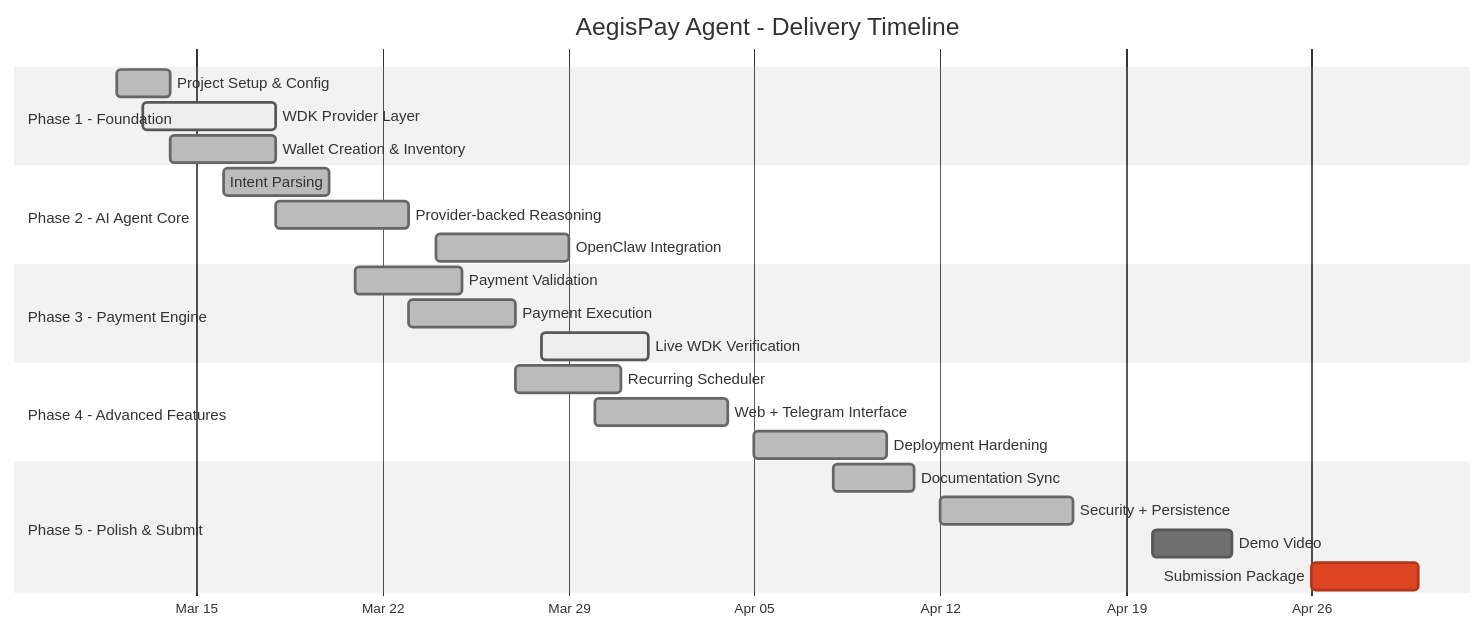
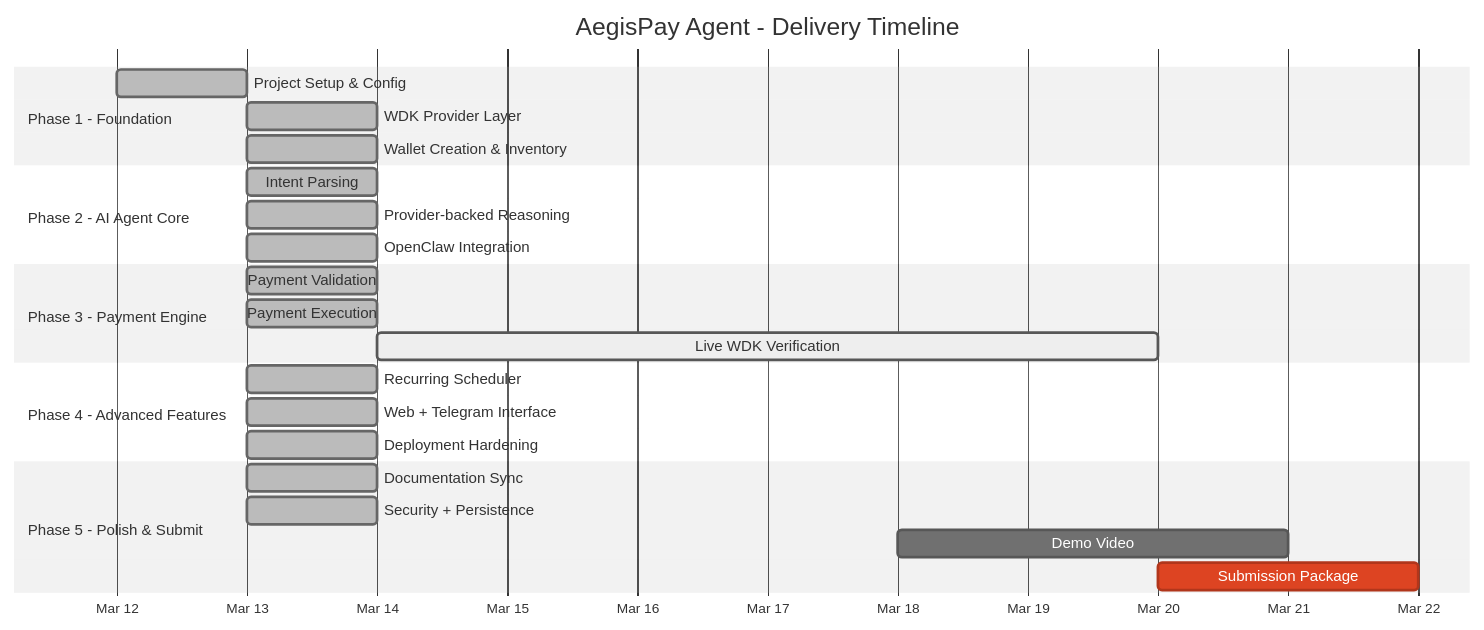
Before and after one commit to panzauto46-bot/AegisPay-Agent: the diagram in ROADMAP.md, drawn with Mermaid (neutral theme). The commit also changed other lines of this file and 4 other files, not shown here.

Commit message:
Sync status and docs with verified production deployment

````diff
--- a/ROADMAP.md
+++ b/ROADMAP.md
@@ -25,32 +25,32 @@
 ```mermaid
 gantt
     title AegisPay Agent - Delivery Timeline
     dateFormat  YYYY-MM-DD
     axisFormat  %b %d
 
     section Phase 1 - Foundation
-    Project Setup & Config         :done,   p1a, 2026-03-12, 2d
-    WDK Provider Layer             :active, p1b, 2026-03-13, 5d
-    Wallet Creation & Inventory    :done,   p1c, 2026-03-14, 4d
+    Project Setup & Config         :done,   p1a, 2026-03-12, 1d
+    WDK Provider Layer             :done,   p1b, 2026-03-13, 1d
+    Wallet Creation & Inventory    :done,   p1c, 2026-03-13, 1d
 
     section Phase 2 - AI Agent Core
-    Intent Parsing                 :done,   p2a, 2026-03-16, 4d
-    Provider-backed Reasoning      :done,   p2b, 2026-03-18, 5d
-    OpenClaw Integration           :done,   p2c, 2026-03-24, 5d
+    Intent Parsing                 :done,   p2a, 2026-03-13, 1d
+    Provider-backed Reasoning      :done,   p2b, 2026-03-13, 1d
+    OpenClaw Integration           :done,   p2c, 2026-03-13, 1d
 
     section Phase 3 - Payment Engine
-    Payment Validation             :done,   p3a, 2026-03-21, 4d
-    Payment Execution              :done,   p3b, 2026-03-23, 4d
-    Live WDK Verification          :active, p3c, 2026-03-28, 4d
+    Payment Validation             :done,   p3a, 2026-03-13, 1d
+    Payment Execution              :done,   p3b, 2026-03-13, 1d
+    Live WDK Verification          :active, p3c, 2026-03-14, 6d
 
     section Phase 4 - Advanced Features
-    Recurring Scheduler            :done,   p4a, 2026-03-27, 4d
-    Web + Telegram Interface       :done,   p4b, 2026-03-30, 5d
-    Deployment Hardening           :done,   p4c, 2026-04-05, 5d
+    Recurring Scheduler            :done,   p4a, 2026-03-13, 1d
+    Web + Telegram Interface       :done,   p4b, 2026-03-13, 1d
+    Deployment Hardening           :done,   p4c, 2026-03-13, 1d
 
     section Phase 5 - Polish & Submit
-    Documentation Sync             :done,   p5a, 2026-04-08, 3d
-    Security + Persistence         :done,   p5b, 2026-04-12, 5d
-    Demo Video                     :        p5c, 2026-04-20, 3d
-    Submission Package             :crit,   p5d, 2026-04-26, 4d
+    Documentation Sync             :done,   p5a, 2026-03-13, 1d
+    Security + Persistence         :done,   p5b, 2026-03-13, 1d
+    Demo Video                     :        p5c, 2026-03-18, 3d
+    Submission Package             :crit,   p5d, 2026-03-20, 2d
 ```
````
